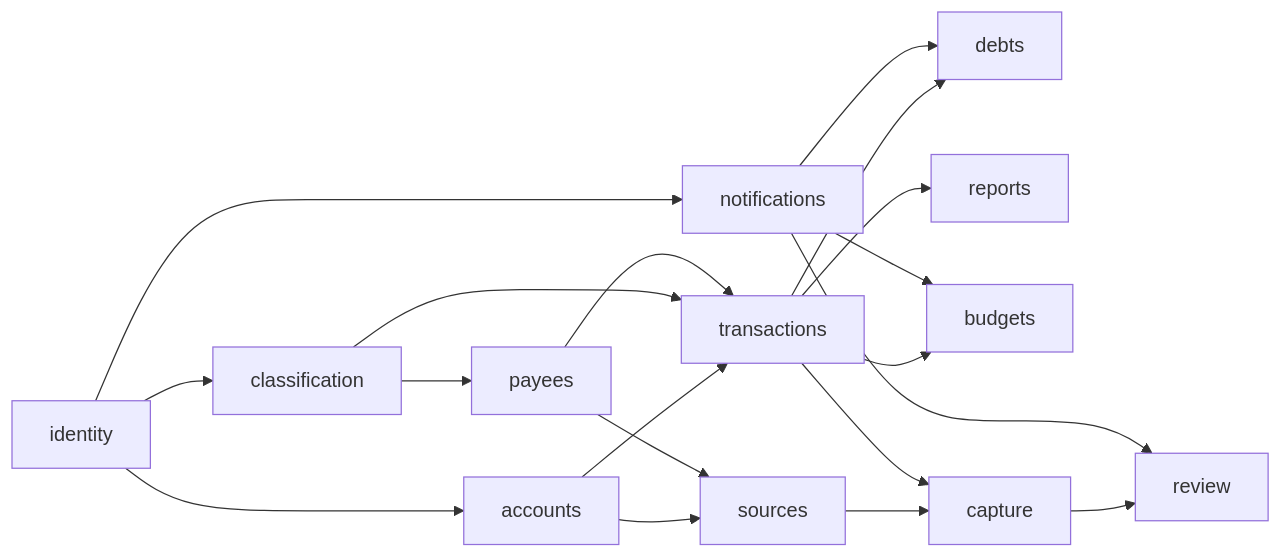
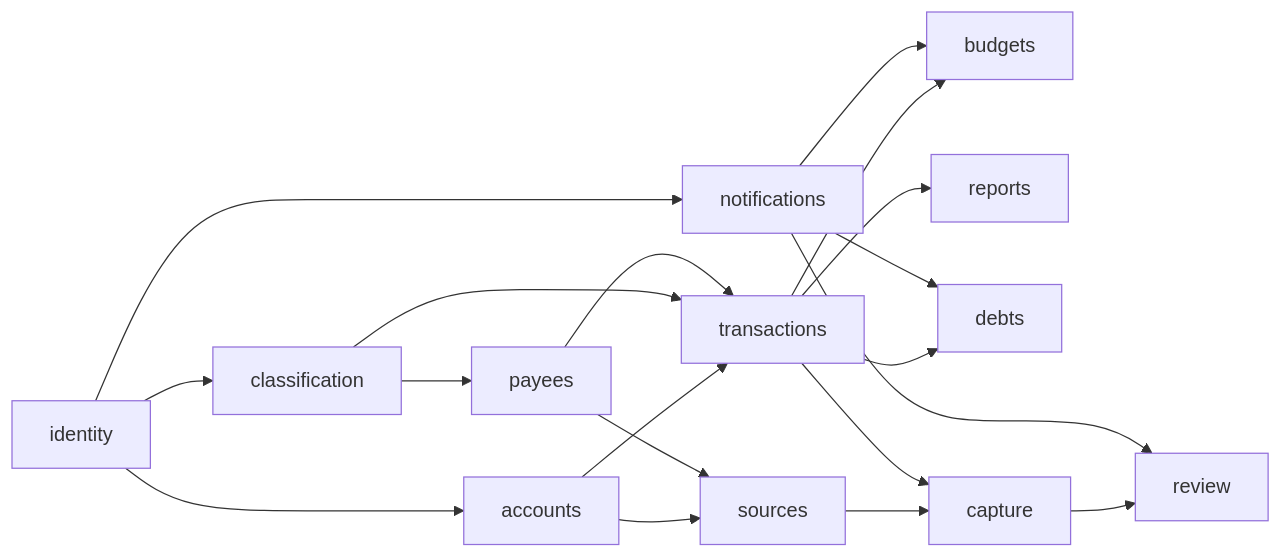
Before and after one commit to ali-hy/Budmon: the diagram in docs/product/spec-summary.md, drawn with Mermaid. The commit also changed other lines of this file and 2 other files, not shown here.

````diff
--- a/docs/product/spec-summary.md
+++ b/docs/product/spec-summary.md
@@ -435,21 +511,21 @@
 ```mermaid
 flowchart LR
   identity --> accounts
   identity --> classification
   classification --> payees
   accounts --> transactions
   classification --> transactions
   payees --> transactions
   identity --> notifications
+  transactions --> budgets
+  notifications --> budgets
+  transactions --> reports
   transactions --> debts
   notifications --> debts
-  transactions --> reports
-  transactions --> budgets
-  notifications --> budgets
   accounts --> sources
   payees --> sources
   sources --> capture
   transactions --> capture
   capture --> review
   notifications --> review
 ```
````
